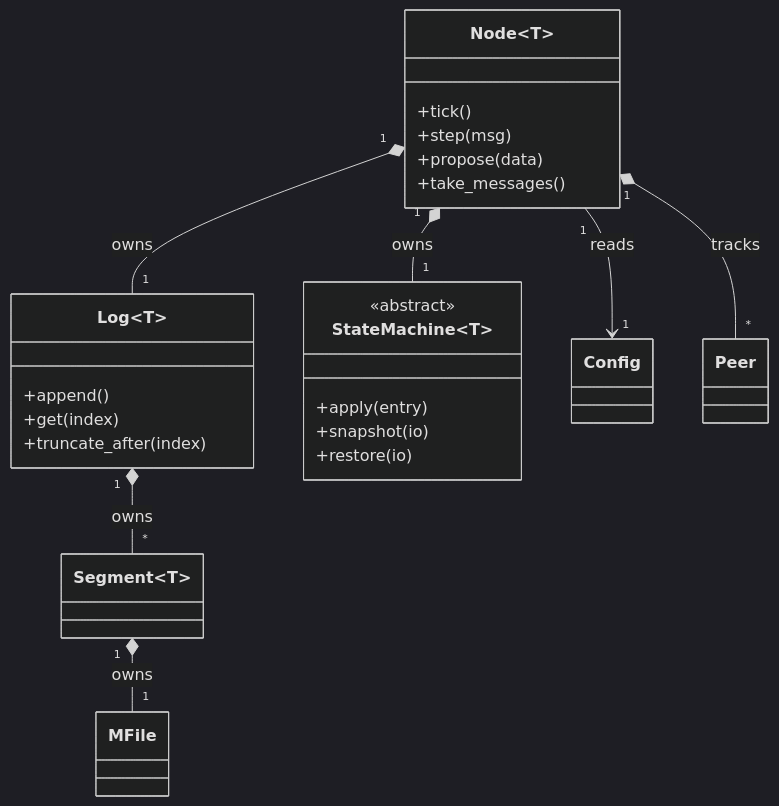
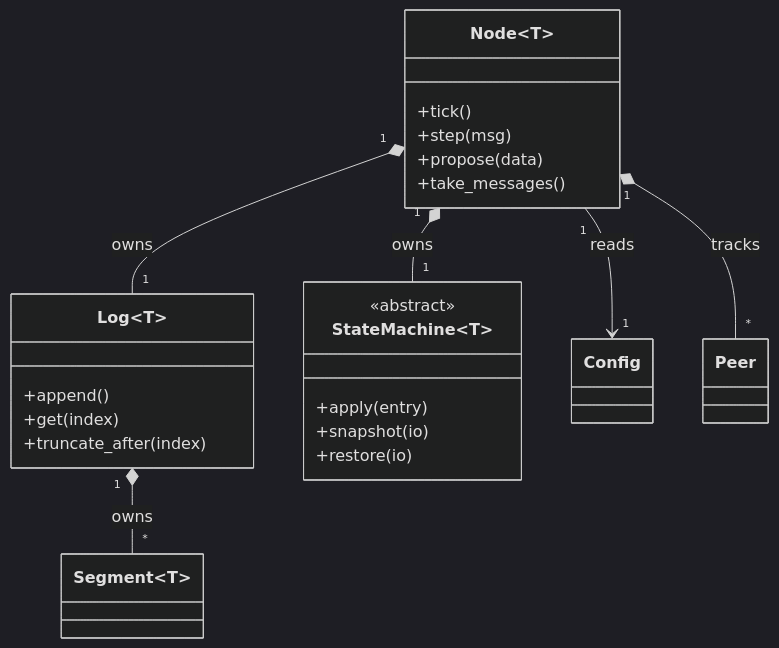
The third of 7 diagrams in ARCHITECTURE.md (84codes/raft.cr), drawn with Mermaid (dark theme) before and after one commit. The commit also changed other lines of this file and 12 other files, not shown here.

Commit message:
Simplify segment storage: MFile → append-mode regular files (supersedes #5) (#7)

````diff
--- a/ARCHITECTURE.md
+++ b/ARCHITECTURE.md
@@ -211,31 +213,29 @@
 ```mermaid
 classDiagram
     class Node~T~ {
         +tick()
         +step(msg)
         +propose(data)
         +take_messages()
     }
     class Log~T~ {
         +append()
         +get(index)
         +truncate_after(index)
     }
     class Segment~T~
-    class MFile
     class StateMachine~T~ {
         <<abstract>>
         +apply(entry)
         +snapshot(io)
         +restore(io)
     }
     class Config
     class Peer
 
     Node "1" *-- "1" Log : owns
     Node "1" *-- "1" StateMachine : owns
     Node "1" --> "1" Config : reads
     Node "1" *-- "*" Peer : tracks
     Log "1" *-- "*" Segment : owns
-    Segment "1" *-- "1" MFile : owns
 ```
````
